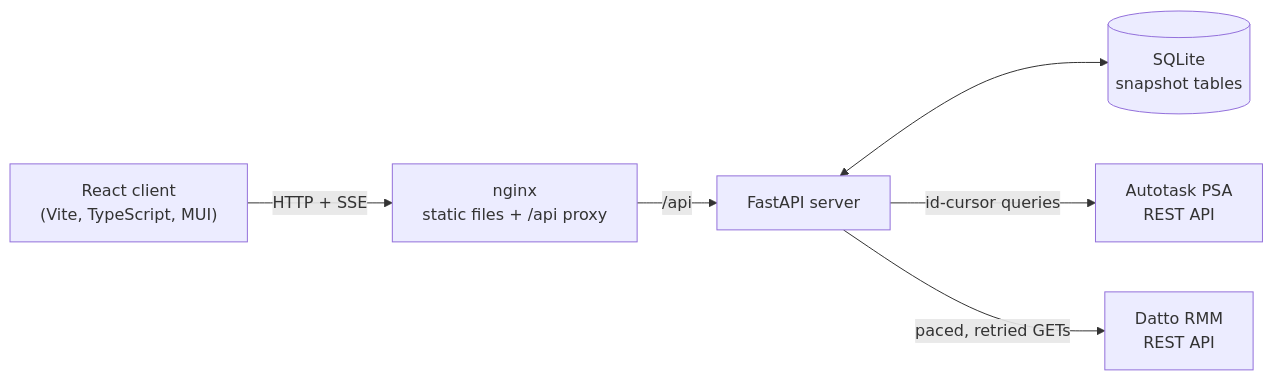
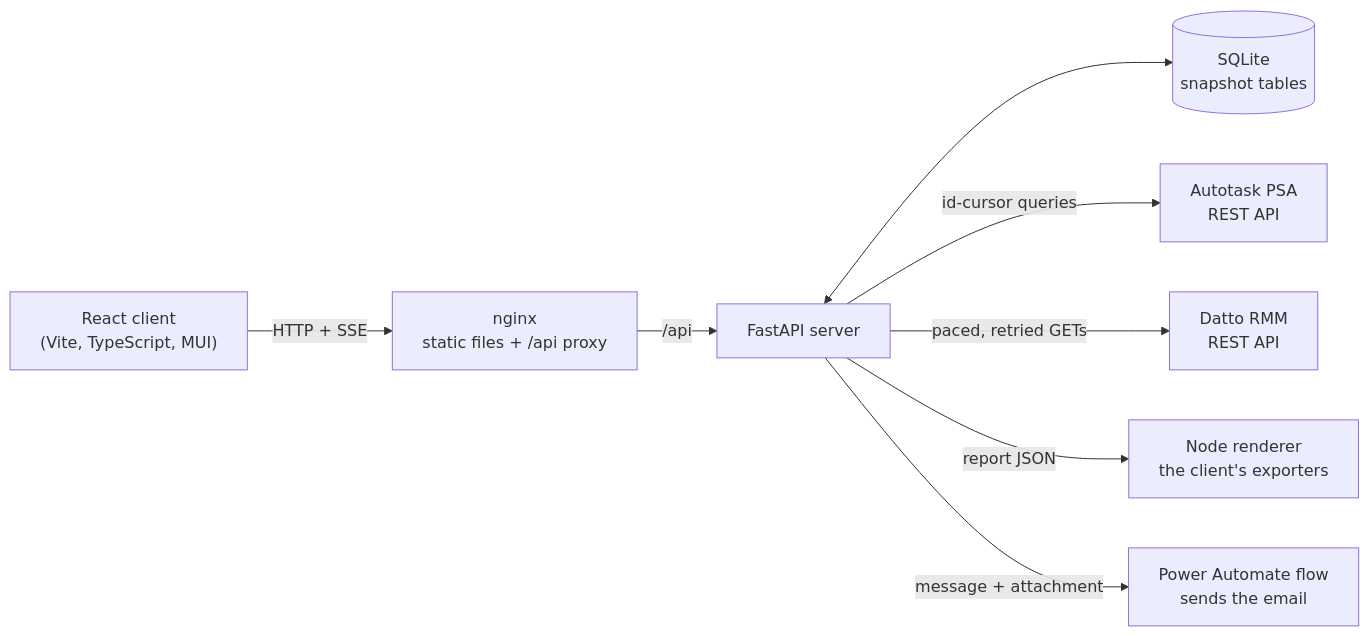
One commit to B-Howell/Autotask-Datto-Reporting changed the diagram in docs/architecture.md. Above: the diagram before and after it, drawn with Mermaid. The commit also changed other lines of this file and 14 other files, not shown here.

````diff
--- a/docs/architecture.md
+++ b/docs/architecture.md
@@ -54,15 +58,19 @@
 ```mermaid
 flowchart LR
     Browser["React client<br/>(Vite, TypeScript, MUI)"]
     Nginx["nginx<br/>static files + /api proxy"]
     API["FastAPI server"]
+    Renderer["Node renderer<br/>the client's exporters"]
+    Flow["Power Automate flow<br/>sends the email"]
     DB[("SQLite<br/>snapshot tables")]
     AT["Autotask PSA<br/>REST API"]
     DT["Datto RMM<br/>REST API"]
 
     Browser -- HTTP + SSE --> Nginx
     Nginx -- /api --> API
     API <--> DB
     API -- id-cursor queries --> AT
     API -- paced, retried GETs --> DT
+    API -- report JSON --> Renderer
+    API -- message + attachment --> Flow
 ```
````
